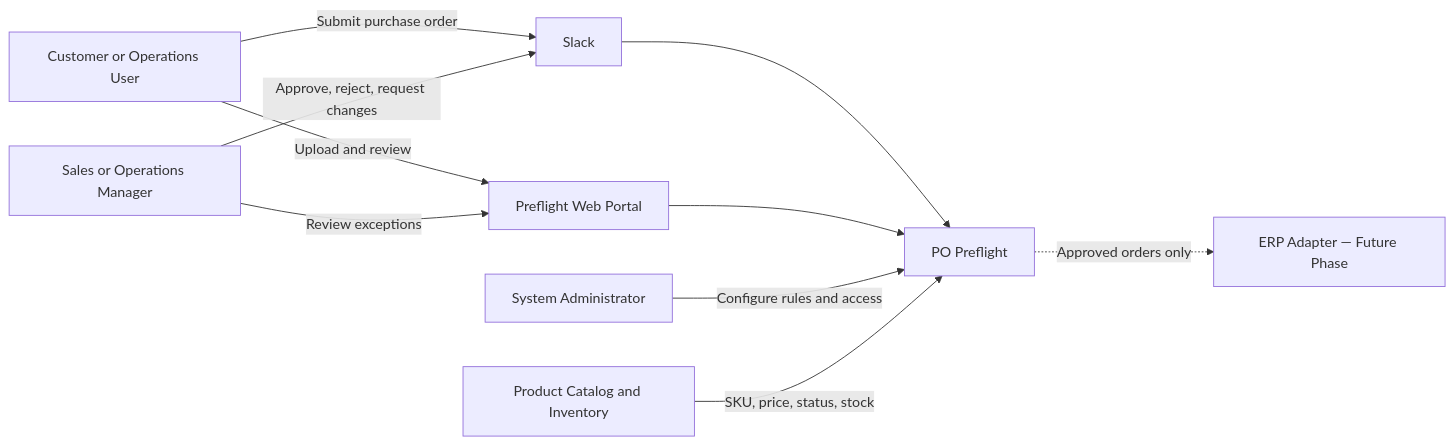
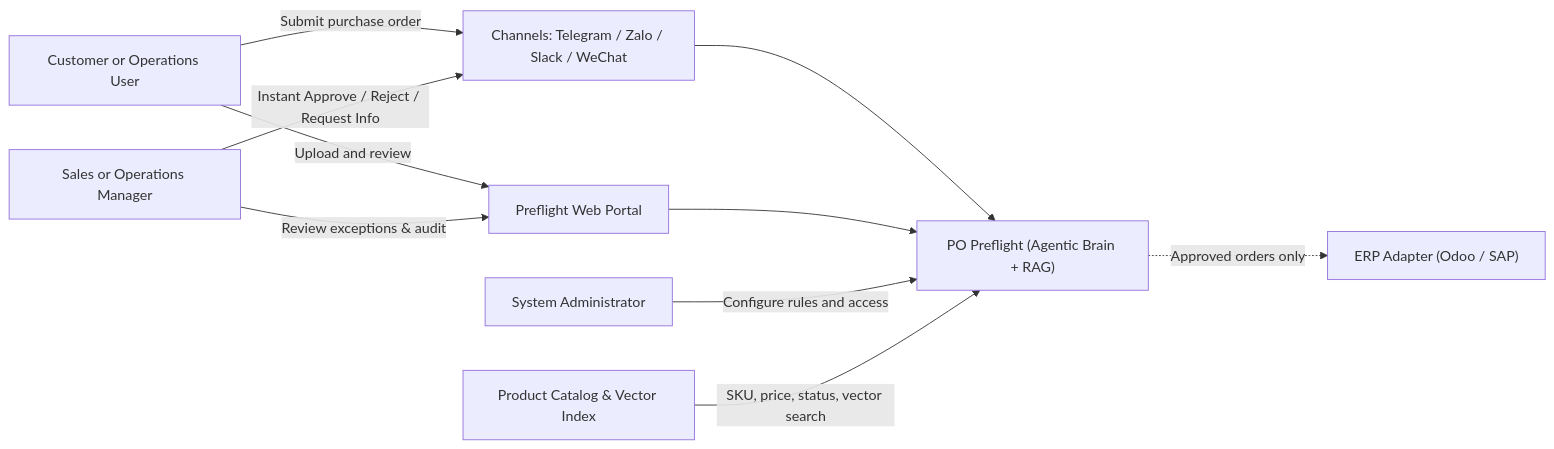
One commit to brianhuynh2021/po-preflight changed the first of 5 diagrams in docs/architecture.md. Above: the diagram before and after it, drawn with Mermaid. The commit also changed other lines of this file and 2 other files, not shown here.

Commit message:
docs: add comprehensive Vietnamese project specification, agentic RAG flow, cost optimization and multi-channel approval (Telegram, Zalo, Slack, WeChat)

````diff
--- a/docs/architecture.md
+++ b/docs/architecture.md
@@ -7,21 +7,21 @@
 ```mermaid
 flowchart LR
     Customer["Customer or Operations User"]
     Reviewer["Sales or Operations Manager"]
     Admin["System Administrator"]
-    Slack["Slack"]
+    MultiChannels["Channels: Telegram / Zalo / Slack / WeChat"]
     Web["Preflight Web Portal"]
-    Preflight["PO Preflight"]
-    Catalog["Product Catalog and Inventory"]
-    ERP["ERP Adapter — Future Phase"]
+    Preflight["PO Preflight (Agentic Brain + RAG)"]
+    Catalog["Product Catalog & Vector Index"]
+    ERP["ERP Adapter (Odoo / SAP)"]
 
-    Customer -->|Submit purchase order| Slack
+    Customer -->|Submit purchase order| MultiChannels
     Customer -->|Upload and review| Web
-    Reviewer -->|Approve, reject, request changes| Slack
-    Reviewer -->|Review exceptions| Web
-    Slack --> Preflight
+    Reviewer -->|Instant Approve / Reject / Request Info| MultiChannels
+    Reviewer -->|Review exceptions & audit| Web
+    MultiChannels --> Preflight
     Web --> Preflight
     Admin -->|Configure rules and access| Preflight
-    Catalog -->|SKU, price, status, stock| Preflight
+    Catalog -->|SKU, price, status, vector search| Preflight
     Preflight -.->|Approved orders only| ERP
 ```
````
